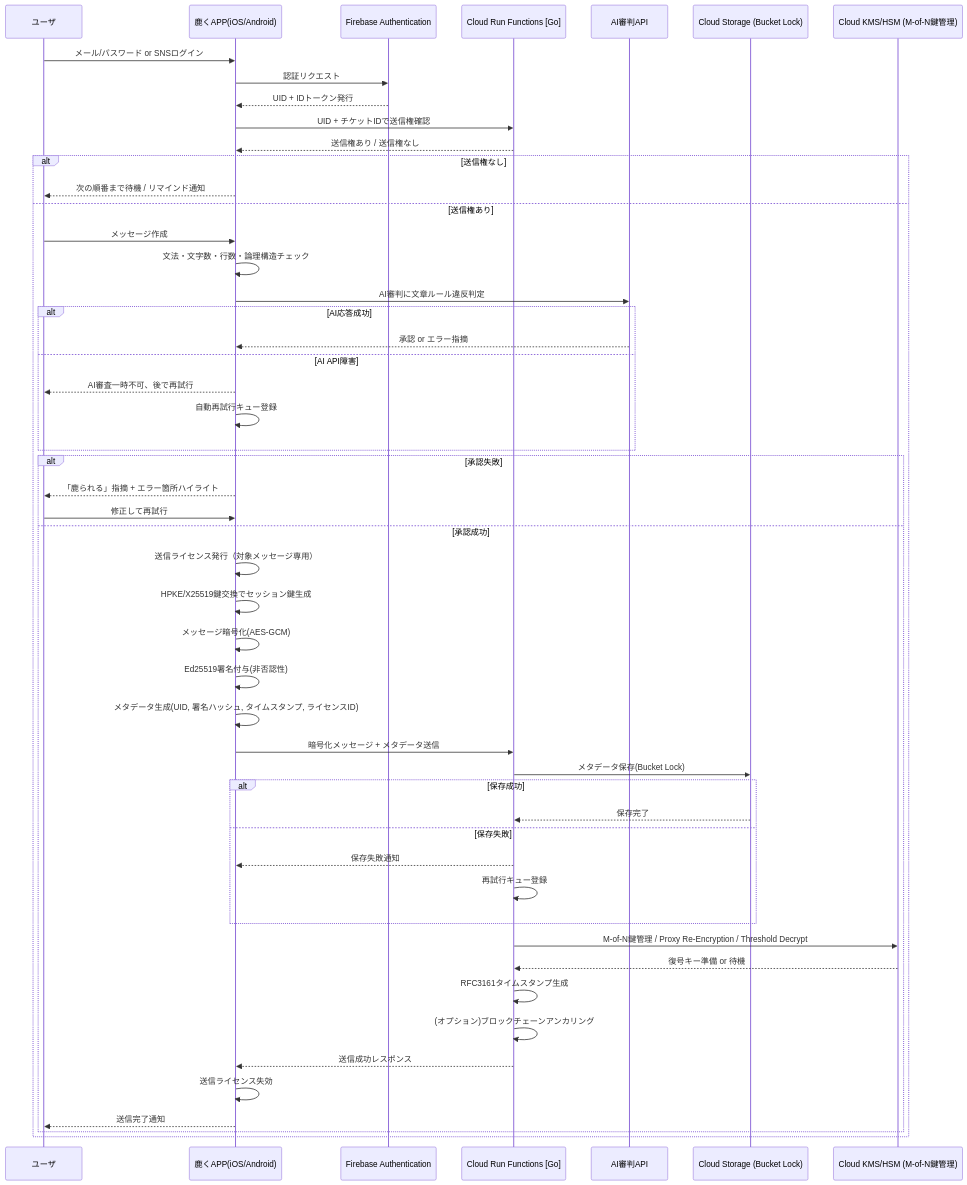
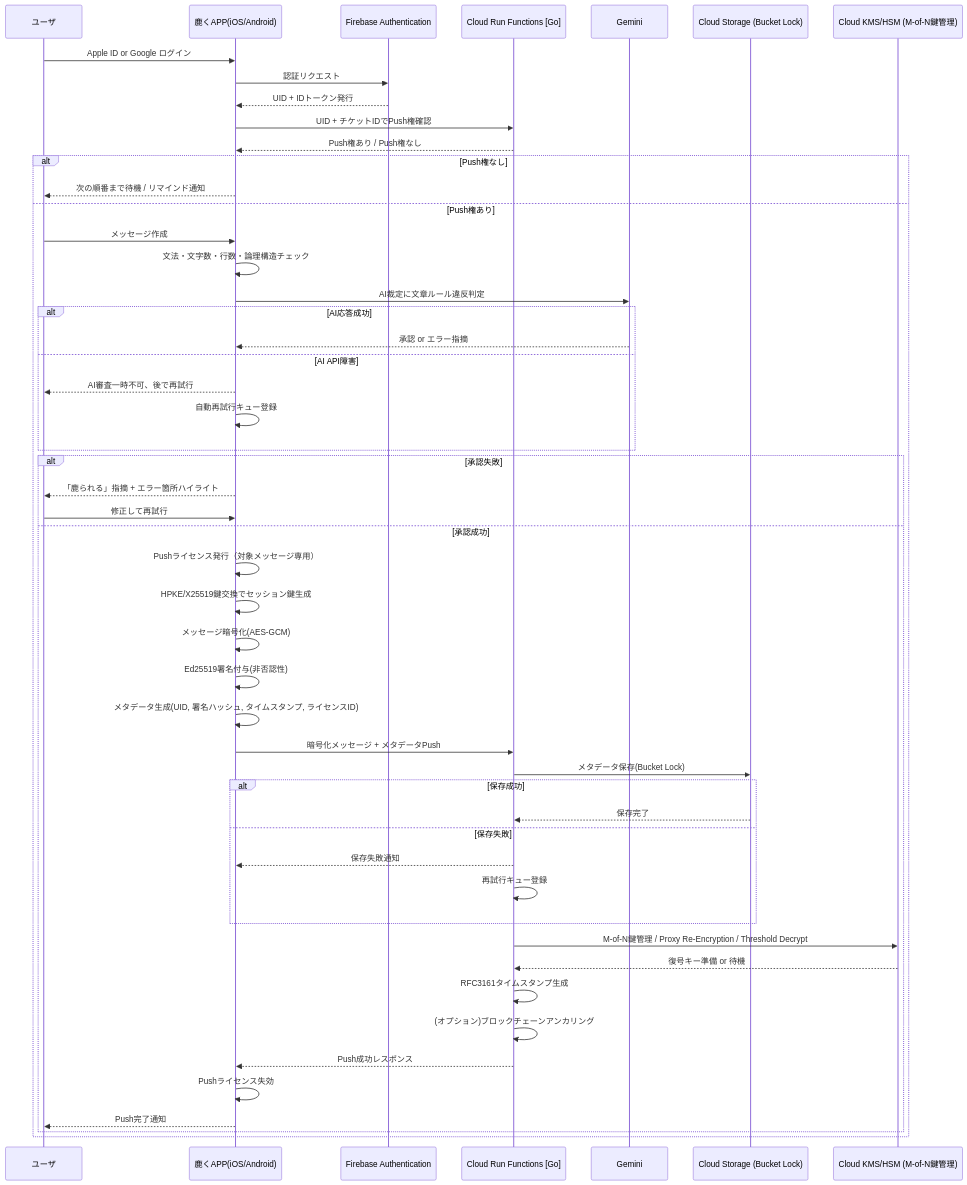
Before and after one commit to 4hoe8pow/jokes: the diagram in src/pages/projects/shikaku.md, drawn with Mermaid. The commit also changed other lines of this file, not shown here.

````diff
--- a/src/pages/projects/shikaku.md
+++ b/src/pages/projects/shikaku.md
@@ -84,71 +146,71 @@
 ```mermaid
 sequenceDiagram
     participant Human as ユーザ
     participant Client as 鹿くAPP(iOS/Android)
     participant Firebase as Firebase Authentication
     participant CRF as Cloud Run Functions [Go]
-    participant AI as AI審判API
+    participant AI as Gemini
     participant WORM as Cloud Storage (Bucket Lock)
     participant HSM as Cloud KMS/HSM (M-of-N鍵管理)
 
     %% ユーザ認証
-    Human->>Client: メール/パスワード or SNSログイン
+    Human->>Client: Apple ID or Google ログイン
     Client->>Firebase: 認証リクエスト
     Firebase-->>Client: UID + IDトークン発行
 
-    %% 送信権確認
-    Client->>CRF: UID + チケットIDで送信権確認
-    CRF-->>Client: 送信権あり / 送信権なし
+    %% Push権確認
+    Client->>CRF: UID + チケットIDでPush権確認
+    CRF-->>Client: Push権あり / Push権なし
 
-    alt 送信権なし
+    alt Push権なし
         Client-->>Human: 次の順番まで待機 / リマインド通知
-    else 送信権あり
+    else Push権あり
         %% メッセージ作成
         Human->>Client: メッセージ作成
         Client->>Client: 文法・文字数・行数・論理構造チェック
-        Client->>AI: AI審判に文章ルール違反判定
+        Client->>AI: AI裁定に文章ルール違反判定
         alt AI応答成功
             AI-->>Client: 承認 or エラー指摘
         else AI API障害
             Client-->>Human: AI審査一時不可、後で再試行
             Client->>Client: 自動再試行キュー登録
         end
 
         alt 承認失敗
             Client-->>Human: 「鹿られる」指摘 + エラー箇所ハイライト
             Human->>Client: 修正して再試行
         else 承認成功
-            %% 承認＝送信ライセンス付与
-            Client->>Client: 送信ライセンス発行（対象メッセージ専用）
+            %% 承認＝Pushライセンス付与
+            Client->>Client: Pushライセンス発行（対象メッセージ専用）
 
             %% クライアント暗号化・署名
             Client->>Client: HPKE/X25519鍵交換でセッション鍵生成
             Client->>Client: メッセージ暗号化(AES-GCM)
             Client->>Client: Ed25519署名付与(非否認性)
             Client->>Client: メタデータ生成(UID, 署名ハッシュ, タイムスタンプ, ライセンスID)
 
-            %% メタデータ保存
-            Client->>CRF: 暗号化メッセージ + メタデータ送信
+            %% メタデータPush
+            Client->>CRF: 暗号化メッセージ + メタデータPush
             CRF->>WORM: メタデータ保存(Bucket Lock)
             alt 保存成功
                 WORM-->>CRF: 保存完了
             else 保存失敗
                 CRF-->>Client: 保存失敗通知
                 CRF->>CRF: 再試行キュー登録
             end
 
             %% HSM処理
             CRF->>HSM: M-of-N鍵管理 / Proxy Re-Encryption / Threshold Decrypt
             HSM-->>CRF: 復号キー準備 or 待機
 
             %% タイムスタンプ・オプションでブロックチェーン
             CRF->>CRF: RFC3161タイムスタンプ生成
             CRF->>CRF: (オプション)ブロックチェーンアンカリング
 
             %% クライアント通知
-            CRF-->>Client: 送信成功レスポンス
-            Client->>Client: 送信ライセンス失効
-            Client-->>Human: 送信完了通知
+            CRF-->>Client: Push成功レスポンス
+            Client->>Client: Pushライセンス失効
+            Client-->>Human: Push完了通知
         end
     end
 ```
````
